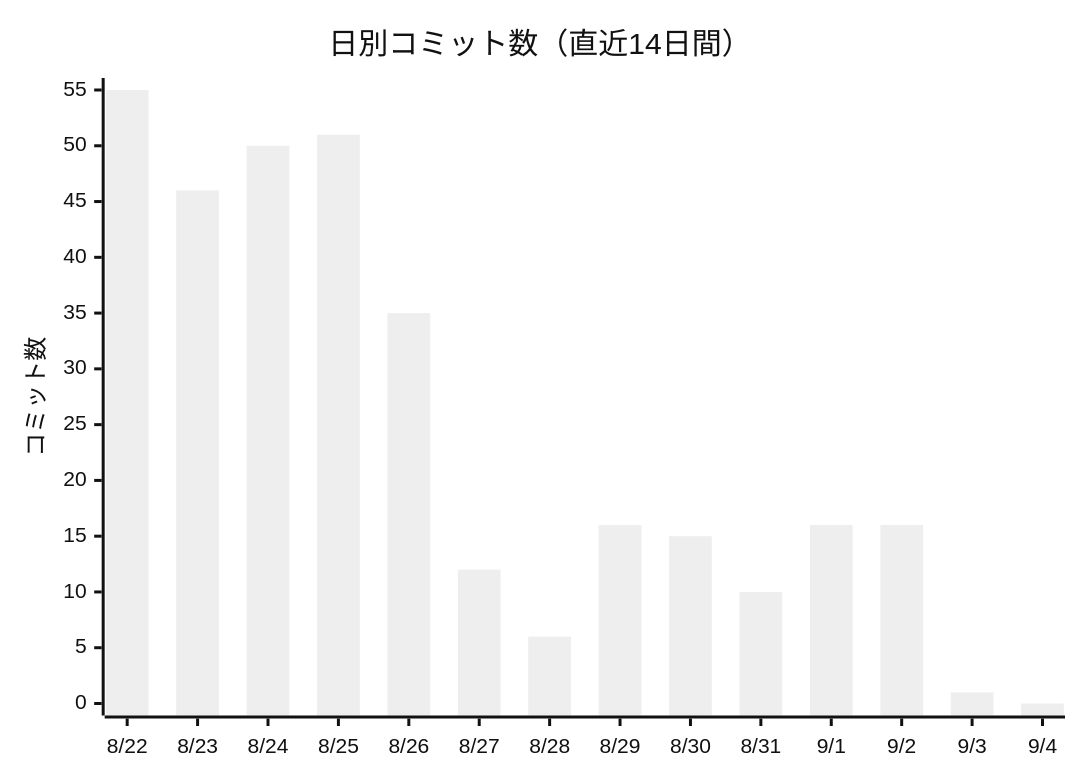
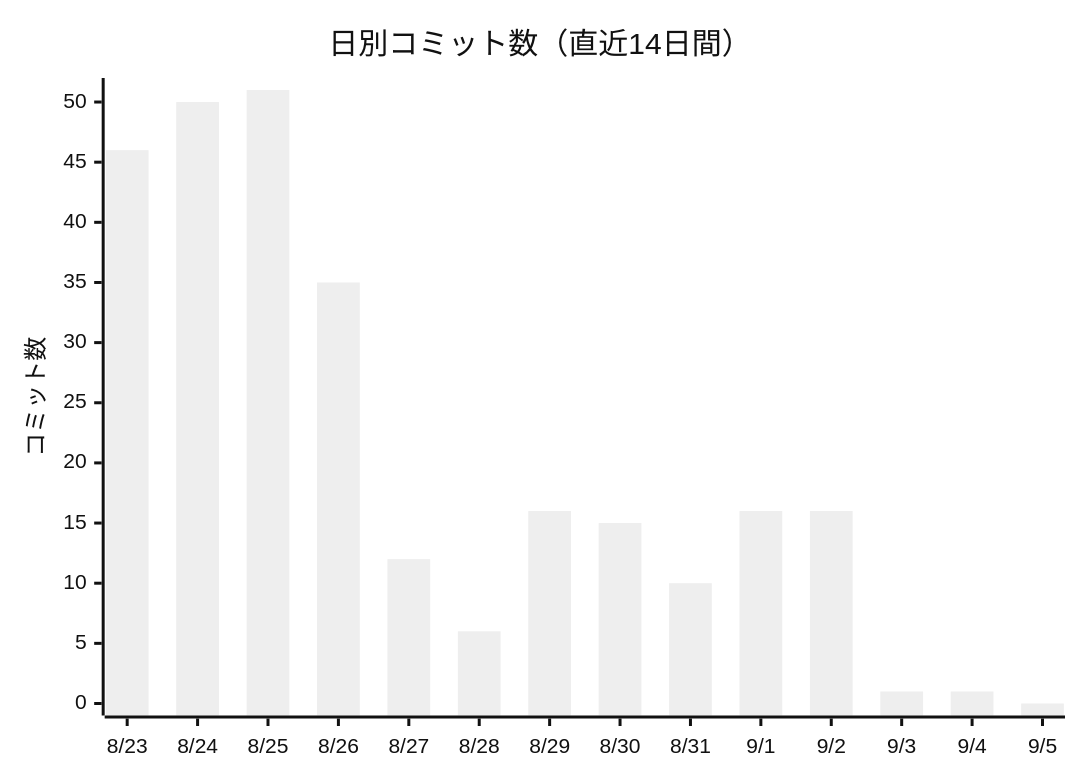
Before and after one commit to non-x2/non-x2: the first of 2 diagrams in docs/進化レポート.md, drawn with Mermaid (neutral theme). The commit also changed other lines of this file and 2 other files, not shown here.

````diff
--- a/docs/進化レポート.md
+++ b/docs/進化レポート.md
@@ -23,7 +23,7 @@
 ```mermaid
 xychart-beta
     title "日別コミット数（直近14日間）"
-    x-axis ["8/22", "8/23", "8/24", "8/25", "8/26", "8/27", "8/28", "8/29", "8/30", "8/31", "9/1", "9/2", "9/3", "9/4"]
+    x-axis ["8/23", "8/24", "8/25", "8/26", "8/27", "8/28", "8/29", "8/30", "8/31", "9/1", "9/2", "9/3", "9/4", "9/5"]
     y-axis "コミット数"
-    bar [55, 46, 50, 51, 35, 12, 6, 16, 15, 10, 16, 16, 1, 0]
+    bar [46, 50, 51, 35, 12, 6, 16, 15, 10, 16, 16, 1, 1, 0]
 ```
````
